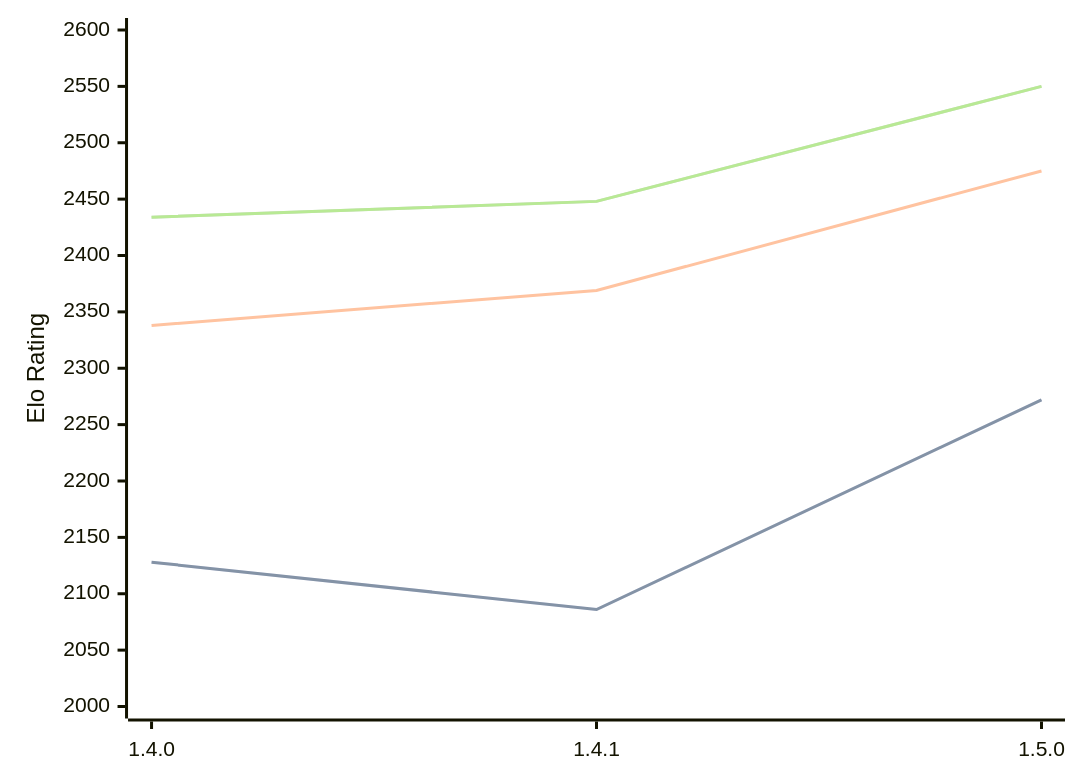
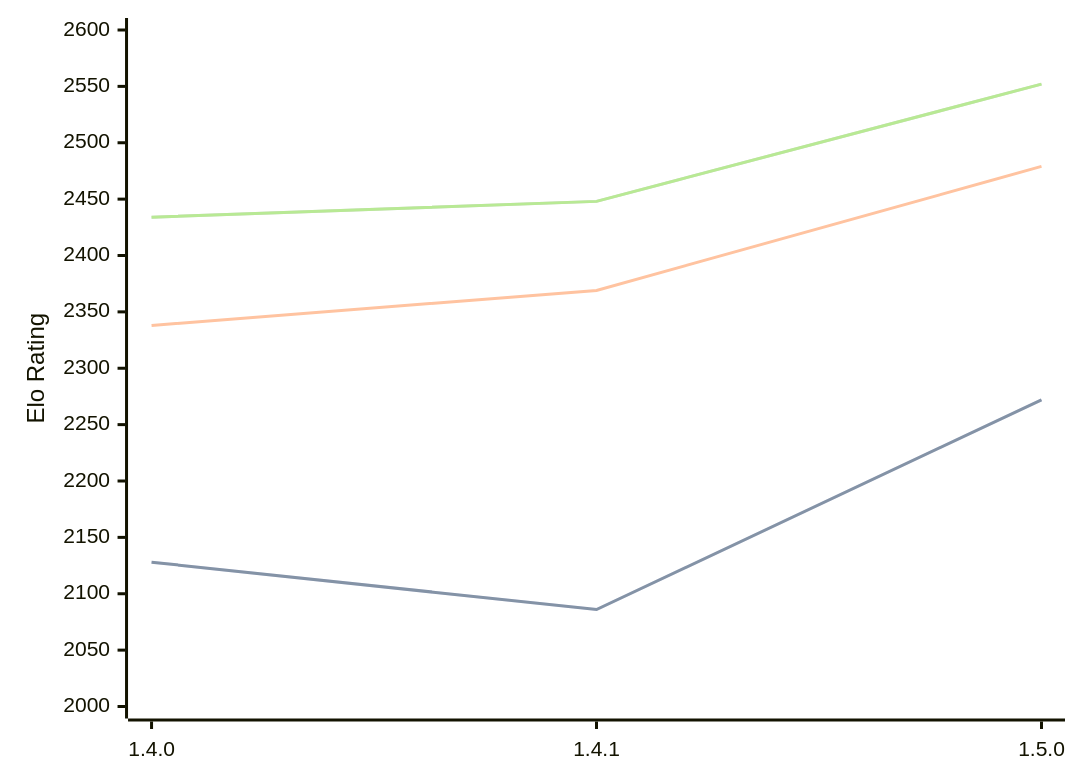
The diagram in engines/Tofiks.md (computer-chess-index/cci), drawn with Mermaid before and after one commit. The commit also changed other lines of this file, not shown here.

Commit message:
Update CCI Ratings (ELO VLTC) - 2026-05-05

````diff
--- a/engines/Tofiks.md
+++ b/engines/Tofiks.md
@@ -37,11 +37,11 @@
 ```mermaid
 %%{init: {"theme":"base","themeVariables":{"seriesColors:['#a3a3a3','#222221','#faa371']}}}%%
 xychart-beta
   x-axis ["1.4.0", "1.4.1", "1.5.0"]
   y-axis "Elo Rating" 2000 --> 2600
   line "STC (8.0+0.08s)" [2128, 2086, 2272]
   line "STC (8.0+0.08s)" [2128, 2086, 2272]
-  line "LTC (60.0+0.60s)" [2338, 2369, 2475]
-  line "VLTC (2m24s+1.12s)" [2434, 2448, 2550]
-  line "VLTC (2m24s+1.12s)" [2434, 2448, 2550]
+  line "LTC (60.0+0.60s)" [2338, 2369, 2479]
+  line "VLTC (2m24s+1.12s)" [2434, 2448, 2552]
+  line "VLTC (2m24s+1.12s)" [2434, 2448, 2552]
 ```
````
